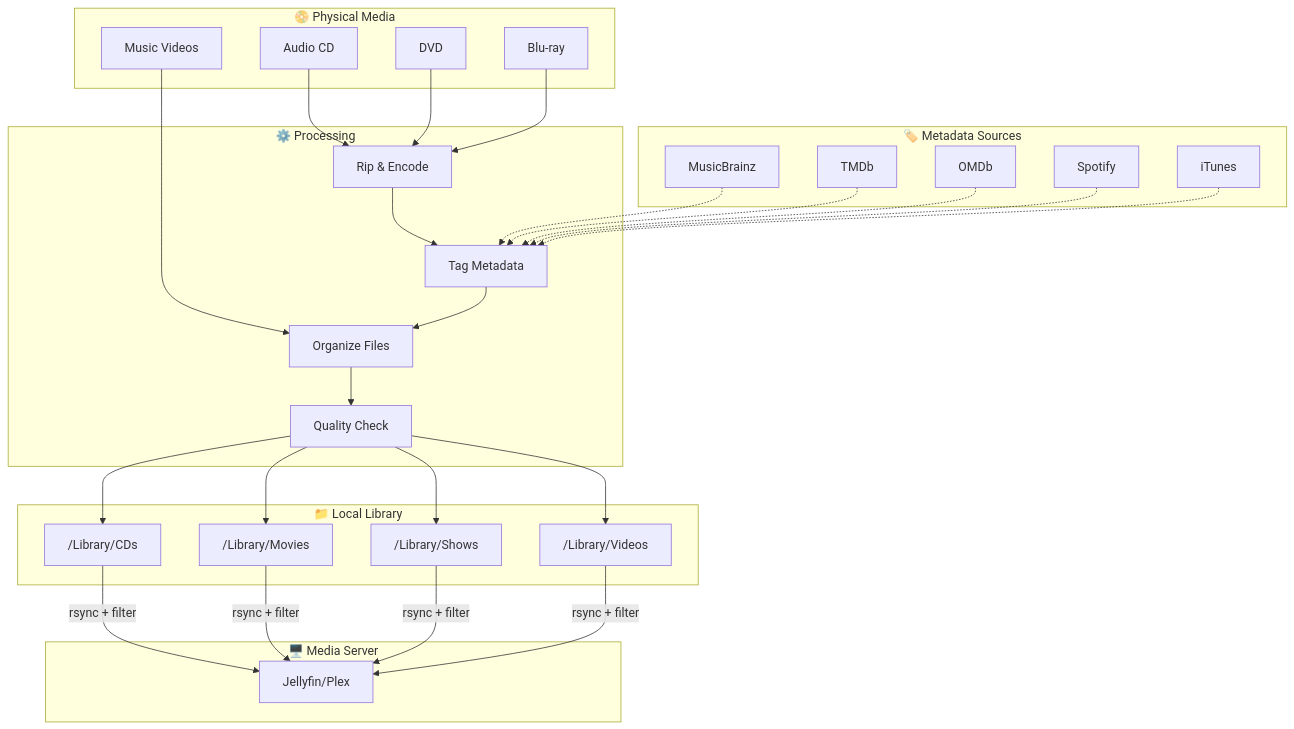
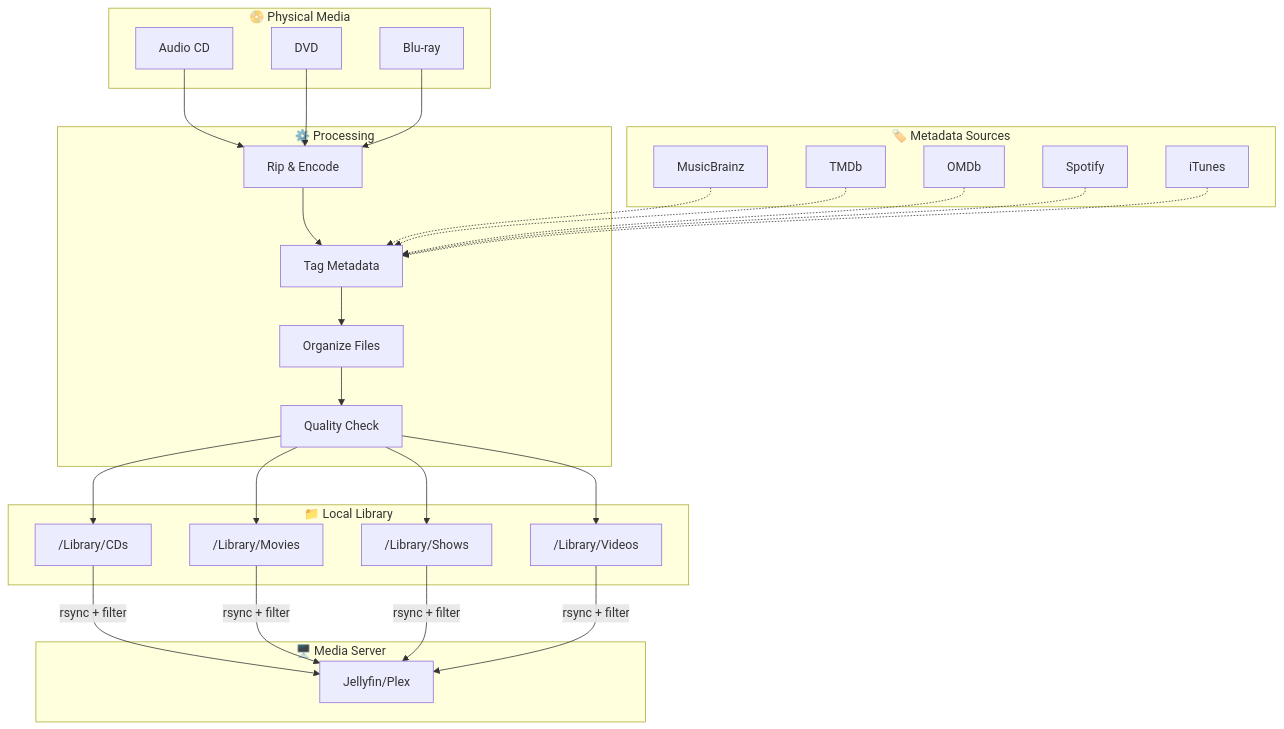
The first of 4 diagrams in docs/workflow_overview.md (geniusworks/digital-archive-maker), drawn with Mermaid before and after one commit. The commit also changed other lines of this file and 1 other file, not shown here.

````diff
--- a/docs/workflow_overview.md
+++ b/docs/workflow_overview.md
@@ -46,60 +45,58 @@
 ```mermaid
 flowchart TB
     subgraph INPUT["📀 Physical Media"]
         CD[Audio CD]
         DVD[DVD]
         BR[Blu-ray]
-        MV[Music Videos]
     end
 
     subgraph PROCESS["⚙️ Processing"]
         RIP[Rip & Encode]
         TAG[Tag Metadata]
         ORG[Organize Files]
         QA[Quality Check]
     end
 
     subgraph METADATA["🏷️ Metadata Sources"]
         MB[MusicBrainz]
         TMDB[TMDb]
         OMDB[OMDb]
         SPOT[Spotify]
         ITUNES[iTunes]
     end
 
     subgraph OUTPUT["📁 Local Library"]
         MUSIC["/Library/CDs"]
         MOVIES["/Library/Movies"]
         SHOWS["/Library/Shows"]
         VIDEOS["/Library/Videos"]
     end
 
     subgraph SERVER["🖥️ Media Server"]
         JELLY[Jellyfin/Plex]
     end
 
     CD --> RIP
     DVD --> RIP
     BR --> RIP
-    MV --> ORG
 
     RIP --> TAG
     TAG --> ORG
     ORG --> QA
 
     MB -.-> TAG
     TMDB -.-> TAG
     OMDB -.-> TAG
     SPOT -.-> TAG
     ITUNES -.-> TAG
 
     QA --> MUSIC
     QA --> MOVIES
     QA --> SHOWS
     QA --> VIDEOS
 
     MUSIC -->|rsync + filter| JELLY
     MOVIES -->|rsync + filter| JELLY
     SHOWS -->|rsync + filter| JELLY
     VIDEOS -->|rsync + filter| JELLY
 ```
````
